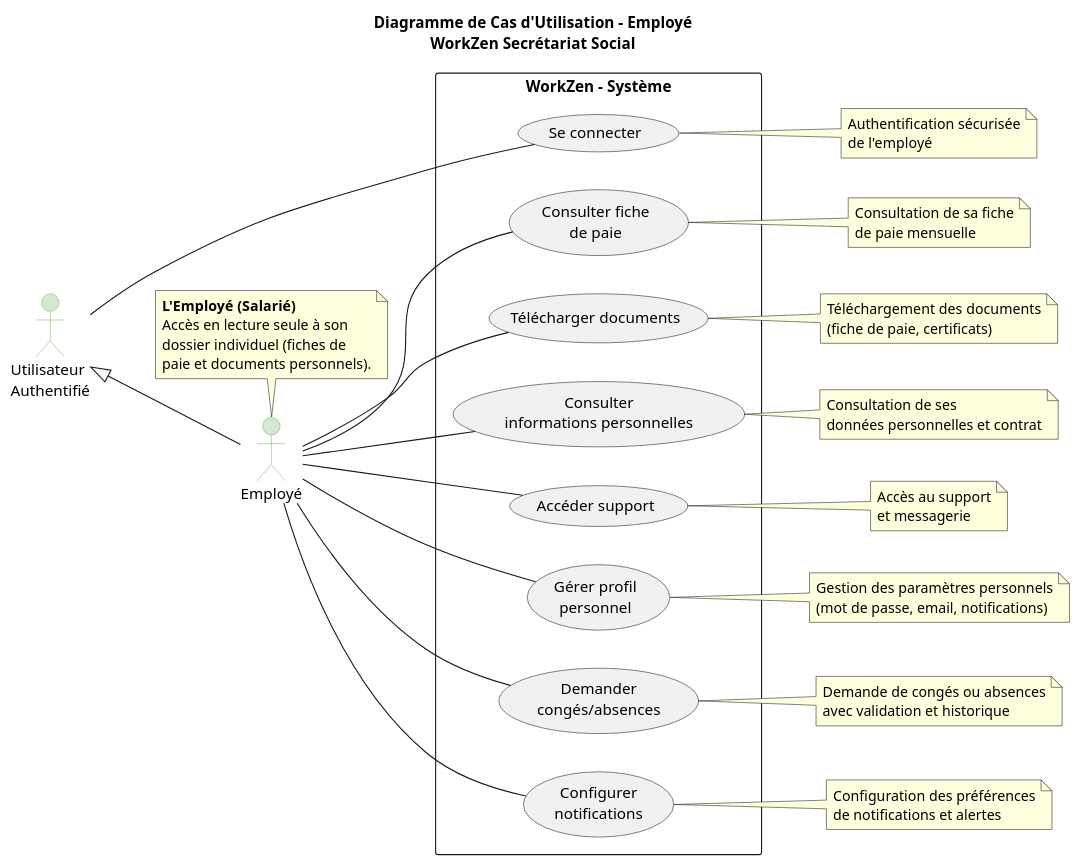
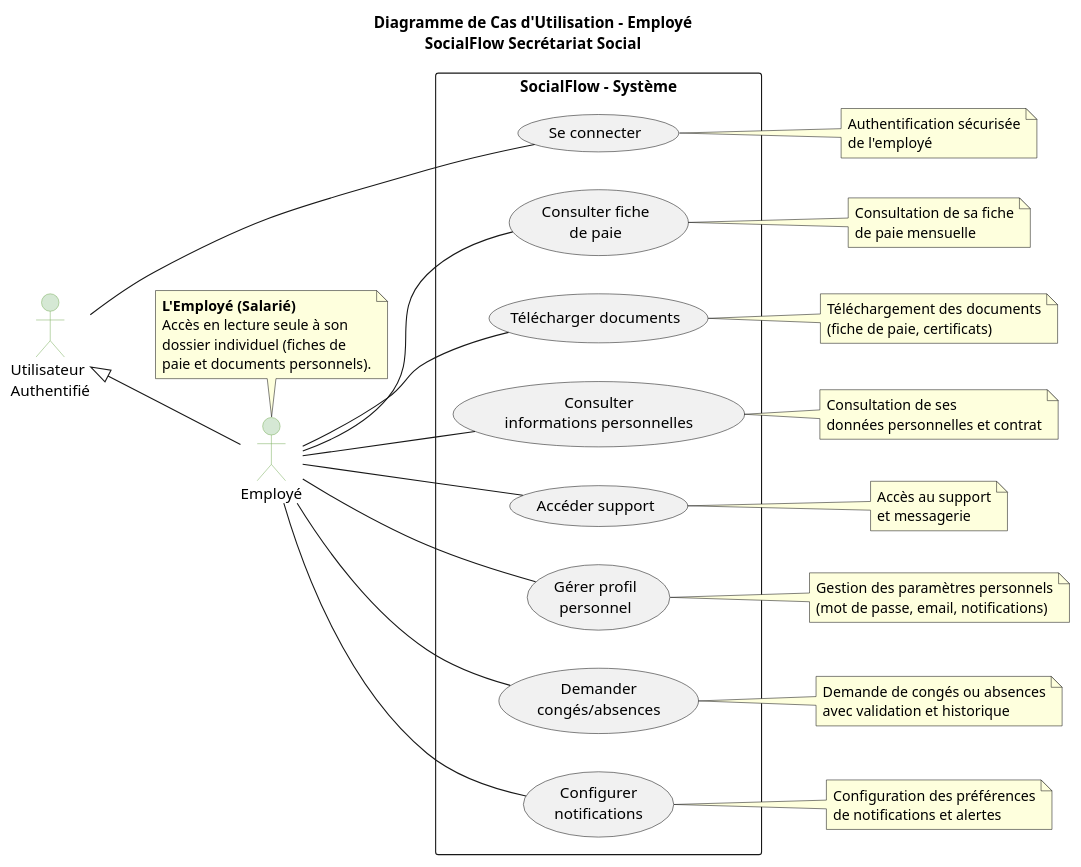
One commit to Adri-2310/TFE changed the diagram in documentation/Uml/CasDUtilisation/Employe/employe-use-cases.puml. Above: the diagram before and after it, drawn with PlantUML. The commit also changed 38 other files, not shown here.

Commit message:
Remplacer tous les WorkZen par SocialFlow dans toute la documentation

```diff
--- a/documentation/Uml/CasDUtilisation/Employe/employe-use-cases.puml
+++ b/documentation/Uml/CasDUtilisation/Employe/employe-use-cases.puml
@@ -1,82 +1,82 @@
-@startuml Employe-WorkZen
-title Diagramme de Cas d'Utilisation - Employé\nWorkZen Secrétariat Social
+@startuml Employe-SocialFlow
+title Diagramme de Cas d'Utilisation - Employé\nSocialFlow Secrétariat Social
 
 left to right direction
 
 skinparam backgroundColor #FFFFFF
 skinparam actorBackgroundColor #D5E8D4
 skinparam actorBorderColor #82B366
 
 actor "Utilisateur\nAuthentifié" as User
 actor Employé
 
 Employé -up-|> User
 
 note top of Employé
   **L'Employé (Salarié)**
   Accès en lecture seule à son
   dossier individuel (fiches de
   paie et documents personnels).
 end note
 
-rectangle "WorkZen - Système" {
+rectangle "SocialFlow - Système" {
 usecase UC0 as "Se connecter"
 usecase UC10 as "Consulter fiche\nde paie"
 usecase UC20 as "Télécharger documents"
 usecase UC30 as "Consulter\ninformations personnelles"
 usecase UC40 as "Accéder support"
 usecase UC50 as "Gérer profil\npersonnel"
 usecase UC60 as "Demander\ncongés/absences"
 usecase UC70 as "Configurer\nnotifications"
 }
 
 User -- UC0
 Employé -- UC10
 Employé -- UC20
 Employé -- UC30
 Employé -- UC40
 Employé -- UC50
 Employé -- UC60
 Employé -- UC70
 
 note right of UC0
   Authentification sécurisée
   de l'employé
 end note
 
 note right of UC10
   Consultation de sa fiche
   de paie mensuelle
 end note
 
 note right of UC20
   Téléchargement des documents
   (fiche de paie, certificats)
 end note
 
 note right of UC30
   Consultation de ses
   données personnelles et contrat
 end note
 
 note right of UC40
   Accès au support
   et messagerie
 end note
 
 note right of UC50
   Gestion des paramètres personnels
   (mot de passe, email, notifications)
 end note
 
 note right of UC60
   Demande de congés ou absences
   avec validation et historique
 end note
 
 note right of UC70
   Configuration des préférences
   de notifications et alertes
 end note
 
 @enduml
```
